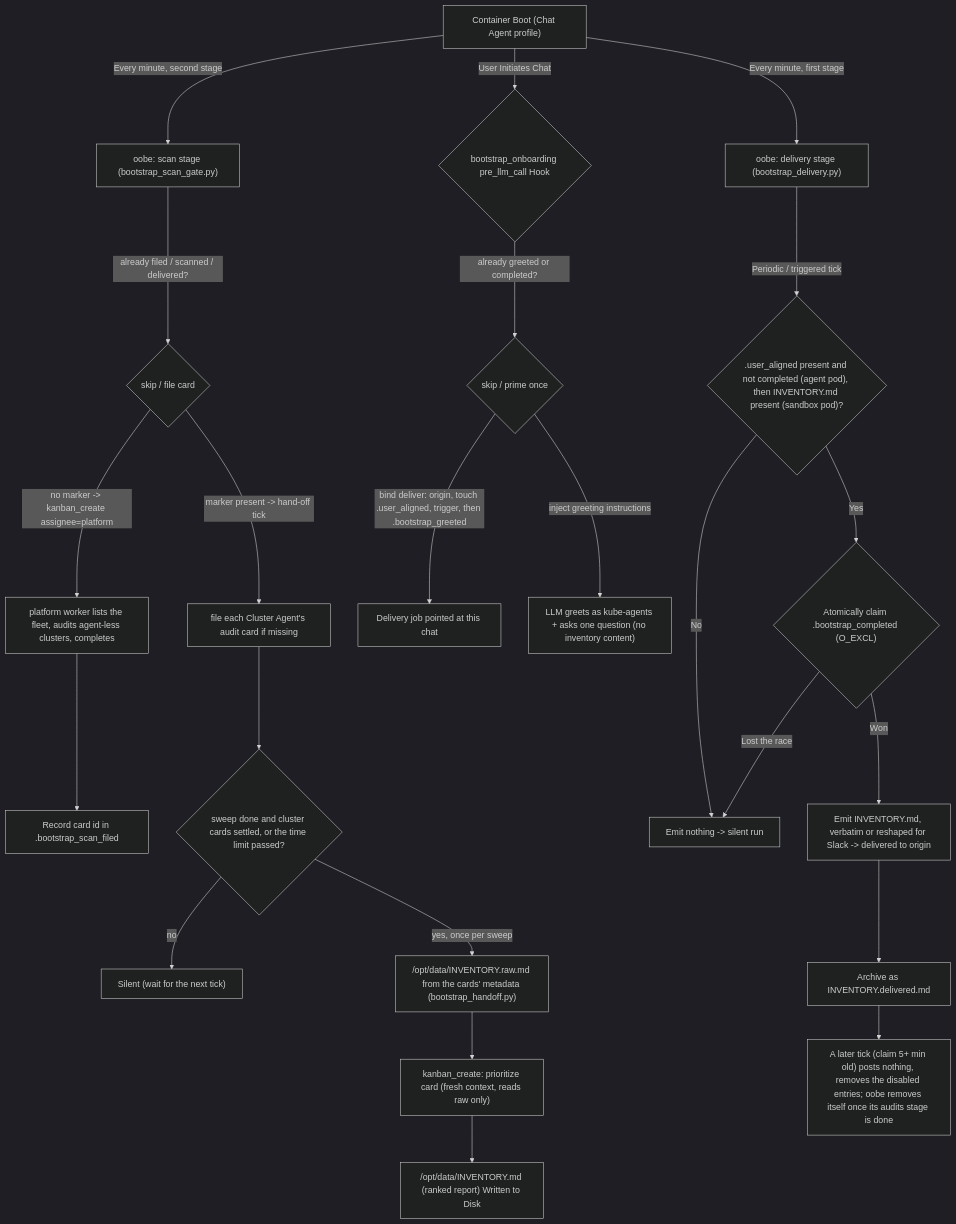
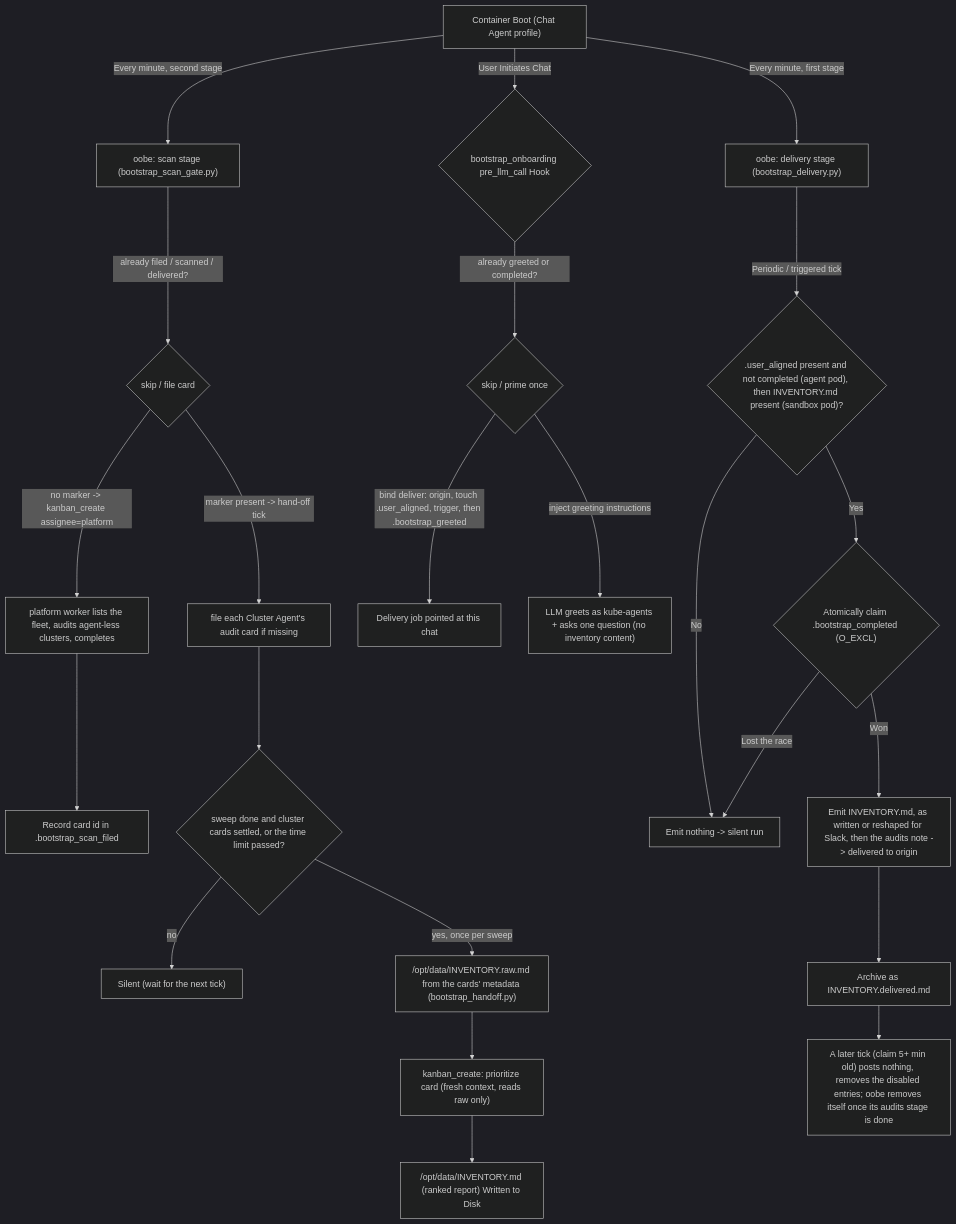
The first of 3 diagrams in agents/chat/defaults/plugins/bootstrap_onboarding/README.md (Fuxiao-Gao/kube-agents), drawn with Mermaid (dark theme) before and after one commit. The commit also changed other lines of this file and 11 other files, not shown here.

````diff
--- a/agents/chat/defaults/plugins/bootstrap_onboarding/README.md
+++ b/agents/chat/defaults/plugins/bootstrap_onboarding/README.md
@@ -61,28 +61,28 @@
 ```mermaid
 graph TD
     A["Container Boot (Chat Agent profile)"] -->|Every minute, second stage| B["oobe: scan stage (bootstrap_scan_gate.py)"]
     A -->|Every minute, first stage| C["oobe: delivery stage (bootstrap_delivery.py)"]
     A -->|User Initiates Chat| D{"bootstrap_onboarding pre_llm_call Hook"}
 
     B -->|already filed / scanned / delivered?| B2{"skip / file card"}
     B2 -->|no marker -> kanban_create assignee=platform| P["platform worker lists the fleet, audits agent-less clusters, completes"]
     P --> PM["Record card id in .bootstrap_scan_filed"]
     B2 -->|marker present -> hand-off tick| HF["file each Cluster Agent's audit card if missing"]
     HF --> HO{"sweep done and cluster cards settled, or the time limit passed?"}
     HO -->|no| F["Silent (wait for the next tick)"]
     HO -->|yes, once per sweep| R["/opt/data/INVENTORY.raw.md from the cards' metadata (bootstrap_handoff.py)"]
     R --> Q["kanban_create: prioritize card (fresh context, reads raw only)"]
     Q --> E["/opt/data/INVENTORY.md (ranked report) Written to Disk"]
 
     D -->|already greeted or completed?| DG{"skip / prime once"}
     DG -->|bind deliver: origin, touch .user_aligned, trigger, then .bootstrap_greeted| G["Delivery job pointed at this chat"]
     DG -->|inject greeting instructions| H["LLM greets as kube-agents + asks one question (no inventory content)"]
 
     C -->|Periodic / triggered tick| I{".user_aligned present and not completed (agent pod), then INVENTORY.md present (sandbox pod)?"}
     I -->|No| J["Emit nothing -> silent run"]
     I -->|Yes| CL{"Atomically claim .bootstrap_completed (O_EXCL)"}
     CL -->|Lost the race| J
-    CL -->|Won| K["Emit INVENTORY.md, verbatim or reshaped for Slack -> delivered to origin"]
+    CL -->|Won| K["Emit INVENTORY.md, as written or reshaped for Slack, then the audits note -> delivered to origin"]
     K --> L["Archive as INVENTORY.delivered.md"]
     L --> RT["A later tick (claim 5+ min old) posts nothing, removes the disabled entries; oobe removes itself once its audits stage is done"]
 ```
````
